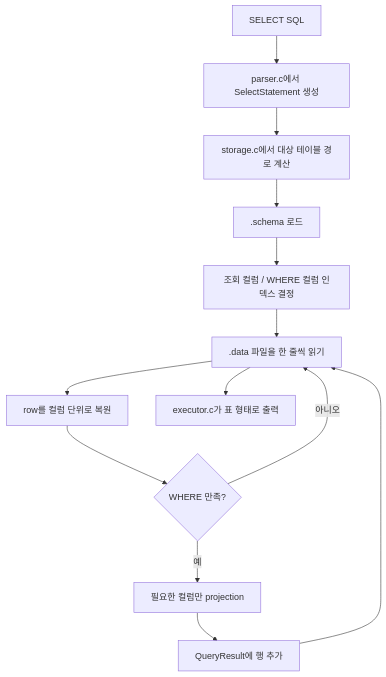
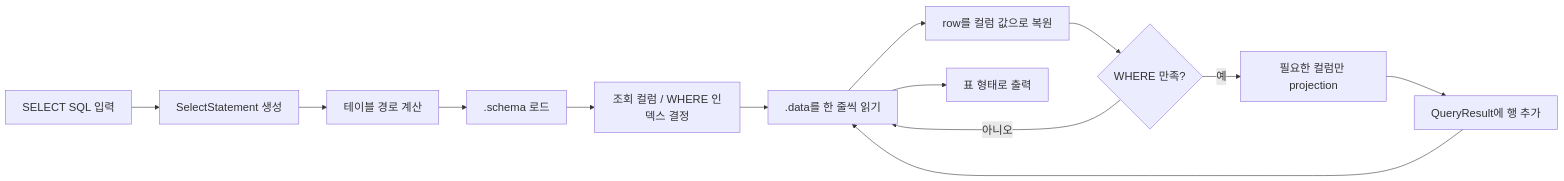
Before and after one commit to Jungle-12-303/week7-team1-sql-2: the fifth of 5 diagrams in README.md, drawn with Mermaid. The commit also changed other lines of this file, not shown here.

Commit message:
Improve README diagram readability

````diff
--- a/README.md
+++ b/README.md
@@ -142,15 +143,16 @@
 ```mermaid
-flowchart TD
-    A["SELECT SQL"] --> B["parser.c에서 SelectStatement 생성"]
-    B --> C["storage.c에서 대상 테이블 경로 계산"]
+%%{init: {'themeVariables': {'fontSize': '20px'}}}%%
+flowchart LR
+    A["SELECT SQL 입력"] --> B["SelectStatement 생성"]
+    B --> C["테이블 경로 계산"]
     C --> D[".schema 로드"]
-    D --> E["조회 컬럼 / WHERE 컬럼 인덱스 결정"]
-    E --> F[".data 파일을 한 줄씩 읽기"]
-    F --> G["row를 컬럼 단위로 복원"]
+    D --> E["조회 컬럼 / WHERE 인덱스 결정"]
+    E --> F[".data를 한 줄씩 읽기"]
+    F --> G["row를 컬럼 값으로 복원"]
     G --> H{"WHERE 만족?"}
     H -- "아니오" --> F
     H -- "예" --> I["필요한 컬럼만 projection"]
     I --> J["QueryResult에 행 추가"]
     J --> F
-    F --> K["executor.c가 표 형태로 출력"]
+    F --> K["표 형태로 출력"]
 ```
````
